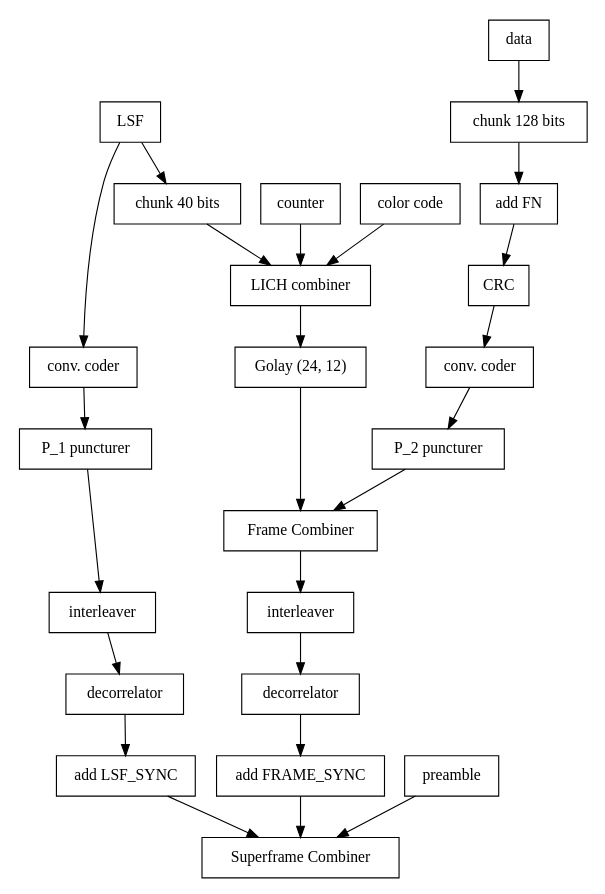
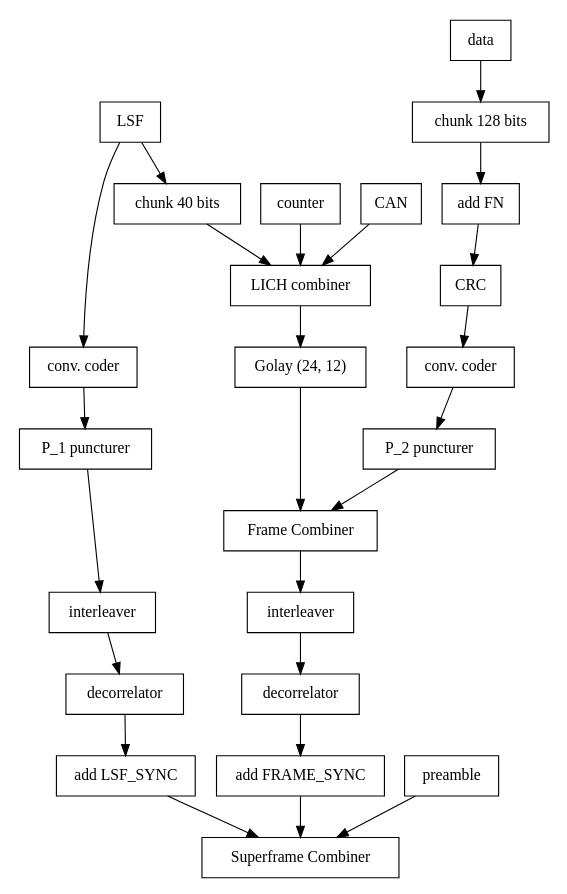
The diagram in docs/data_link_layer.rst (M17-Project/M17_spec), drawn with Graphviz before and after one commit. The commit also changed other lines of this file, not shown here.

Commit message:
Update data_link_layer.rst
Renamed Color Code to Channel Access Number

```diff
--- a/docs/data_link_layer.rst
+++ b/docs/data_link_layer.rst
@@ -186,38 +186,38 @@
 .. graphviz::
    :caption: An overview of the forward dataflow
 
    digraph D{
      size="4,6";
      node [shape=record];
      {rank=same c0 c1 golay_24_12}
      {rank=same p0 p1}
      {rank=same i0 i1}
 
      c0[label="conv. coder"]
      p0[label="P_1 puncturer"]
      i0[label="interleaver"]
      w0[label="decorrelator"]
      s0[label="add LSF_SYNC"]
      l0[label="LICH combiner"]
      chunker_40[label="chunk 40 bits"]
      golay_24_12[label="Golay (24, 12)"]
 
      c1[label="conv. coder"]
      p1[label="P_2 puncturer"]
      i1[label="interleaver"]
      w1[label="decorrelator"]
      s1[label="add FRAME_SYNC"]
      fn[label="add FN"]
      chunker_128[label="chunk 128 bits"]
 
      framecomb[label="Frame Combiner"]
      supercomb[label="Superframe Combiner"]
 
      counter -> l0
-     "color code" -> l0
+     "CAN" -> l0
      LSF -> c0 -> p0 -> i0 -> w0 -> s0 -> supercomb
      LSF -> chunker_40 -> l0 -> golay_24_12 -> framecomb
      data -> chunker_128 -> fn -> CRC -> c1 -> p1 -> framecomb
      framecomb -> i1 -> w1 -> s1 -> supercomb
      preamble -> supercomb
    }
```
